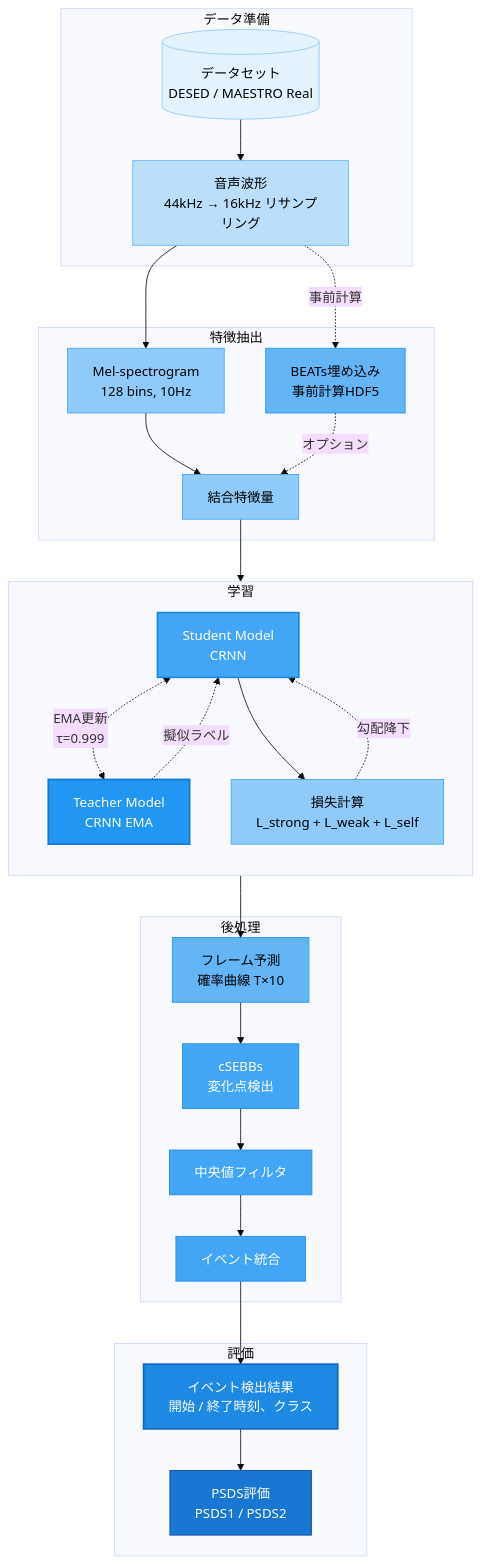
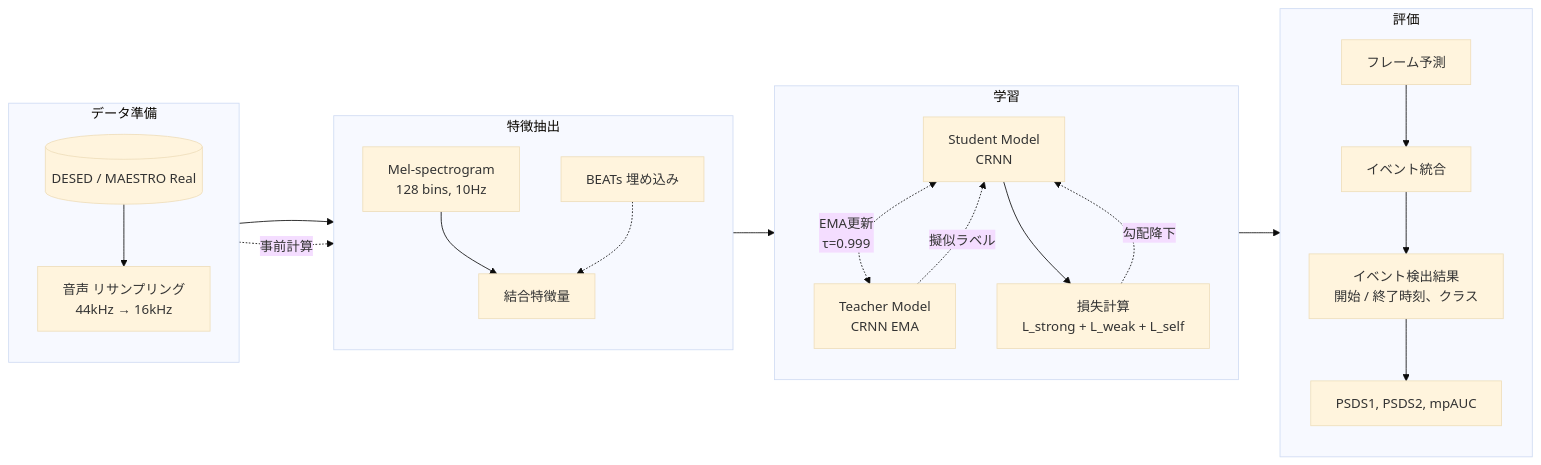
One commit to custard-1855/dcase_base changed the first of 4 diagrams in .kiro/steering/dcase2024-implementation-ja.md. Above: the diagram before and after it, drawn with Mermaid (base theme). The commit also changed other lines of this file and 14 other files, not shown here.

````diff
--- a/.kiro/steering/dcase2024-implementation-ja.md
+++ b/.kiro/steering/dcase2024-implementation-ja.md
@@ -21,65 +21,44 @@
 ```mermaid
-graph TB
+graph LR
     subgraph データ準備
-        D1[(データセット<br/>DESED / MAESTRO Real)]:::dataset
-        D2[音声波形<br/>44kHz → 16kHz リサンプリング]:::audio
+        direction TB
+        D1[(DESED / MAESTRO Real)]:::dataset
+        D2[音声 リサンプリング<br/>44kHz → 16kHz]:::audio
+        D1 --> D2
     end
 
     subgraph 特徴抽出
+        direction TB
         F1[Mel-spectrogram<br/>128 bins, 10Hz]:::feature
-        F2[BEATs埋め込み<br/>事前計算HDF5]:::beats
+        F2[BEATs 埋め込み]:::beats
         F3[結合特徴量]:::feature
     end
 
     subgraph 学習
         direction TB
         M1[Student Model<br/>CRNN]:::student
         M2[Teacher Model<br/>CRNN EMA]:::teacher
         L1[損失計算<br/>L_strong + L_weak + L_self]:::loss
 
         M1 <-.->|EMA更新<br/>τ=0.999| M2
         M1 --> L1
         M2 -.->|擬似ラベル| M1
     end
 
-    subgraph 後処理
-        P1[フレーム予測<br/>確率曲線 T×10]:::pred
-        P2[cSEBBs<br/>変化点検出]:::csebbs
-        P3[中央値フィルタ]:::csebbs
+    subgraph 評価
+        direction TB
+        P1[フレーム予測]:::pred
         P4[イベント統合]:::csebbs
+        E1[イベント検出結果<br/>開始 / 終了時刻、クラス]:::result
+        E2[PSDS1, PSDS2, mpAUC]:::eval
+        P1 --> P4 --> E1 --> E2
     end
 
-    subgraph 評価
-        E1[イベント検出結果<br/>開始 / 終了時刻、クラス]:::result
-        E2[PSDS評価<br/>PSDS1 / PSDS2]:::eval
-    end
-
-    D1 --> D2
     D2 --> F1
     D2 -.->|事前計算| F2
     F1 --> F3
-    F2 -.->|オプション| F3
-
+    F2 -.-> F3
     F3 --> M1
     L1 -.->|勾配降下| M1
-
     M1 --> P1
-    P1 --> P2
-    P2 --> P3
-    P3 --> P4
-    P4 --> E1
-
-    E1 --> E2
-
-    classDef dataset fill:#E3F2FD,stroke:#90CAF9,color:#000
-    classDef audio fill:#BBDEFB,stroke:#64B5F6,color:#000
-    classDef feature fill:#90CAF9,stroke:#42A5F5,color:#000
-    classDef beats fill:#64B5F6,stroke:#2196F3,color:#000
-    classDef student fill:#42A5F5,stroke:#1E88E5,color:#fff,stroke-width:2px
-    classDef teacher fill:#2196F3,stroke:#1976D2,color:#fff,stroke-width:2px
-    classDef loss fill:#90CAF9,stroke:#42A5F5,color:#000
-    classDef pred fill:#64B5F6,stroke:#2196F3,color:#000
-    classDef csebbs fill:#42A5F5,stroke:#1E88E5,color:#fff
-    classDef result fill:#1E88E5,stroke:#1565C0,color:#fff,stroke-width:2px
-    classDef eval fill:#1976D2,stroke:#0D47A1,color:#fff
 ```
````
